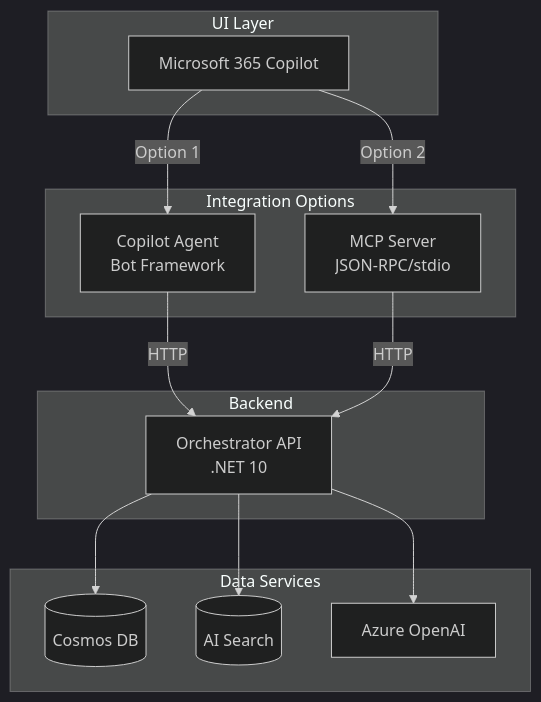
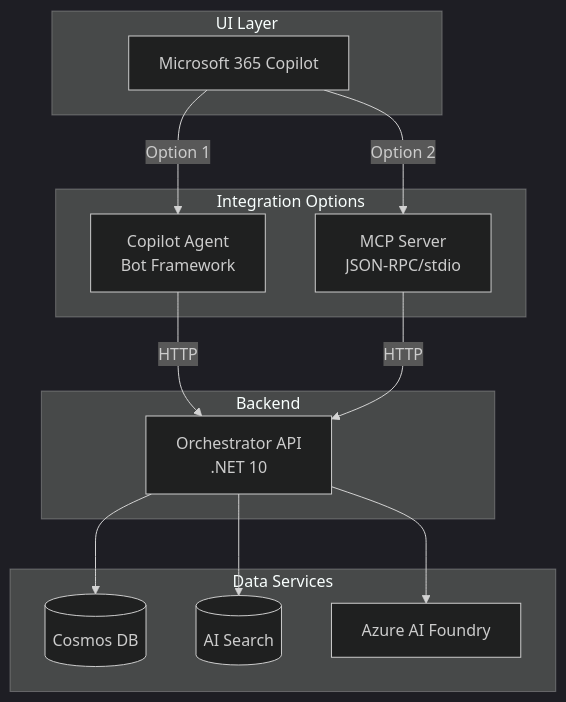
One commit to sujithq/microsoft-copilot-demo changed the diagram in IMPLEMENTATION_SUMMARY.md. Above: the diagram before and after it, drawn with Mermaid (dark theme). The commit also changed 11 other files, not shown here.

Commit message:
Update to Azure AI Foundry (AI Services) with latest package versions

````diff
--- a/IMPLEMENTATION_SUMMARY.md
+++ b/IMPLEMENTATION_SUMMARY.md
@@ -84,29 +84,29 @@
 ```mermaid
 graph TB
     subgraph "UI Layer"
         M365[Microsoft 365 Copilot]
     end
     
     subgraph "Integration Options"
         Agent[Copilot Agent<br/>Bot Framework]
         MCP[MCP Server<br/>JSON-RPC/stdio]
     end
     
     subgraph "Backend"
         Orch[Orchestrator API<br/>.NET 10]
     end
     
     subgraph "Data Services"
         Cosmos[(Cosmos DB)]
         Search[(AI Search)]
-        OpenAI[Azure OpenAI]
+        OpenAI[Azure AI Foundry]
     end
     
     M365 -->|Option 1| Agent
     M365 -->|Option 2| MCP
     Agent -->|HTTP| Orch
     MCP -->|HTTP| Orch
     Orch --> Cosmos
     Orch --> Search
     Orch --> OpenAI
 ```
````
